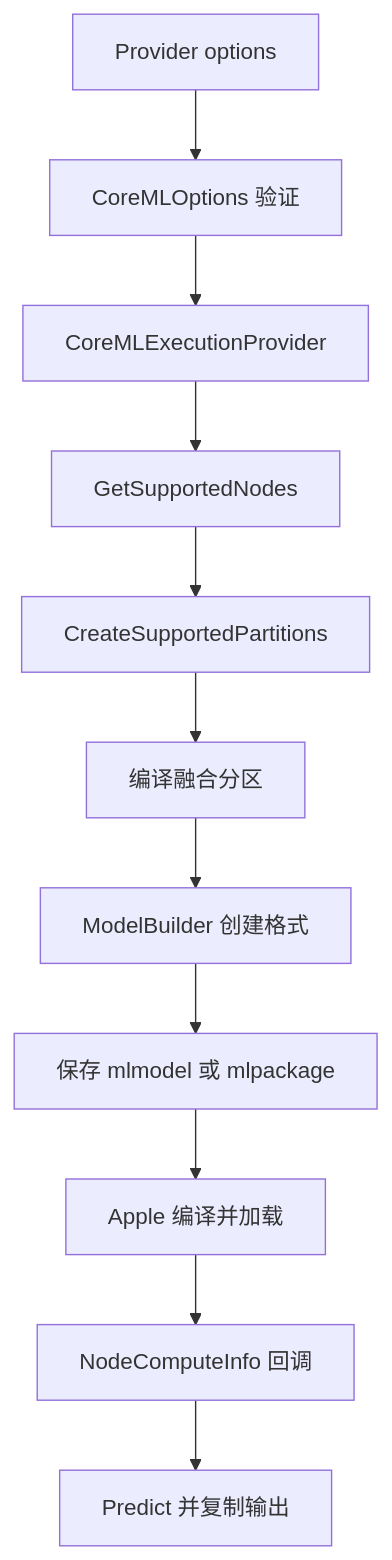
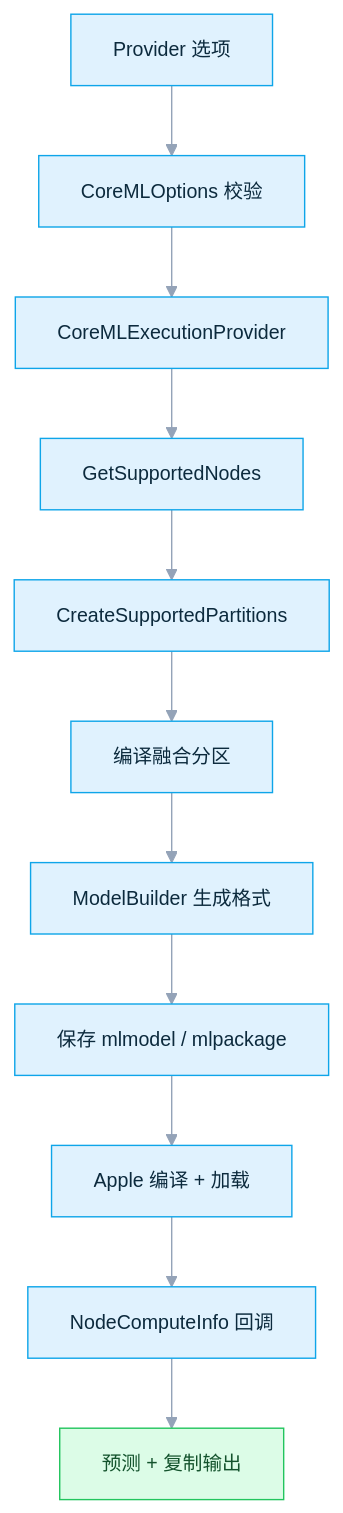
One commit to DakeQQ/Tutorial-ONNX-Runtime-Execution-Providers changed diagram 12 of 12 in Apple/README.zh-CN.md. Above: the diagram before and after it, drawn with Mermaid. The commit also changed other lines of this file and 15 other files, not shown here.

````diff
--- a/Apple/README.zh-CN.md
+++ b/Apple/README.zh-CN.md
@@ -491,13 +642,18 @@
 ```mermaid
+%%{init: {"theme":"base","themeVariables":{"fontSize":"14px","lineColor":"#94a3b8","edgeLabelBackground":"#e2e8f0","primaryTextColor":"#1e293b"}}}%%
 flowchart TD
-  A[Provider options] --> B[CoreMLOptions 验证]
-  B --> C[CoreMLExecutionProvider]
-  C --> D[GetSupportedNodes]
-  D --> E[CreateSupportedPartitions]
-  E --> F[编译融合分区]
-  F --> G[ModelBuilder 创建格式]
-  G --> H[保存 mlmodel 或 mlpackage]
-  H --> I[Apple 编译并加载]
-  I --> J[NodeComputeInfo 回调]
-  J --> K[Predict 并复制输出]
+  A["Provider 选项"] --> B["CoreMLOptions 校验"]
+  B --> C["CoreMLExecutionProvider"]
+  C --> D["GetSupportedNodes"]
+  D --> E["CreateSupportedPartitions"]
+  E --> F["编译融合分区"]
+  F --> G["ModelBuilder 生成格式"]
+  G --> H["保存 mlmodel / mlpackage"]
+  H --> I["Apple 编译 + 加载"]
+  I --> J["NodeComputeInfo 回调"]
+  J --> K["预测 + 复制输出"]
+  classDef step fill:#e0f2fe,stroke:#0ea5e9,color:#0c2a3d;
+  classDef good fill:#dcfce7,stroke:#22c55e,color:#14532d;
+  class A,B,C,D,E,F,G,H,I,J step;
+  class K good;
 ```
````
